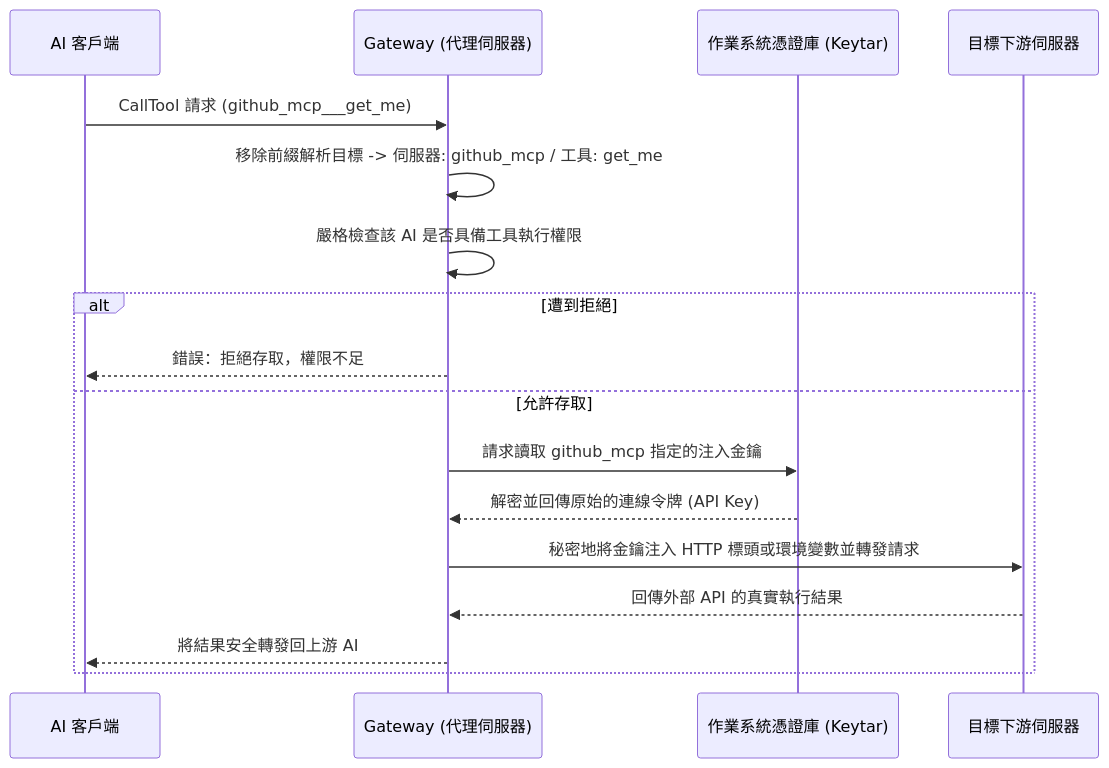
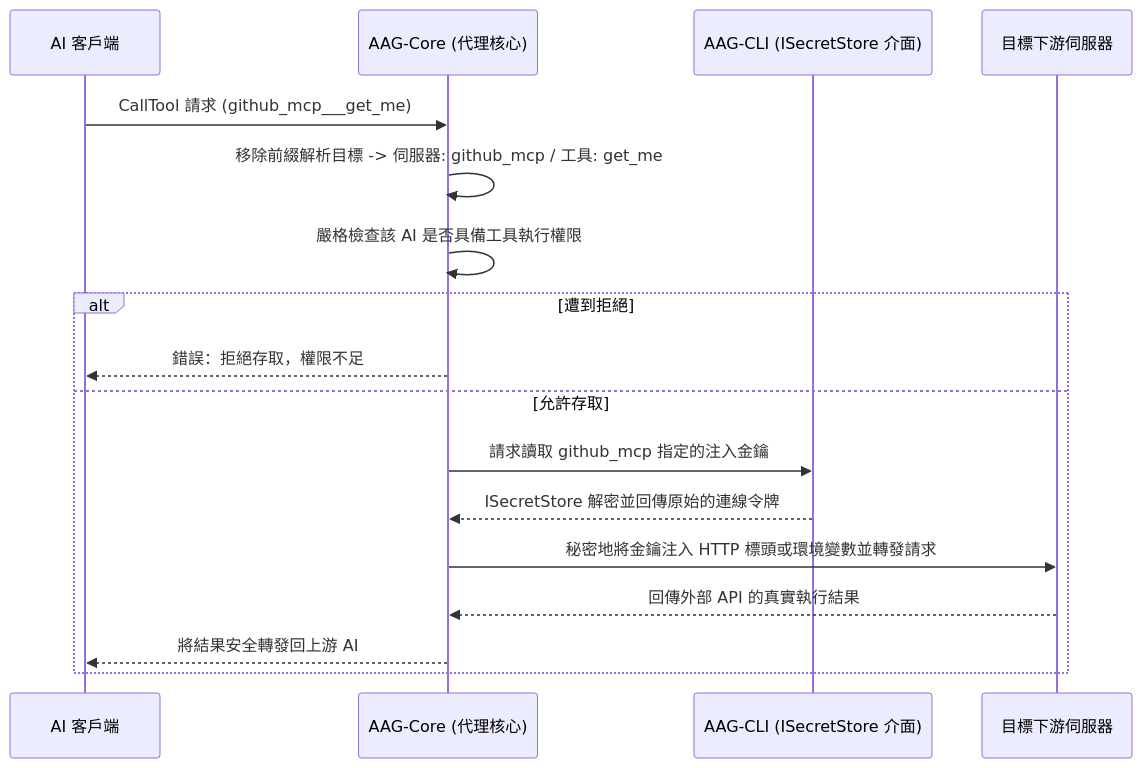
The third of 3 diagrams in ARCHITECTURE_ZH.md (Cyber-Sec-Space/ai-auth-gateway), drawn with Mermaid before and after one commit. The commit also changed other lines of this file and 25 other files, not shown here.

Commit message:
chore(core): completely modularize AAG-Core into NPM workspace with dependency injection and update docs

````diff
--- a/ARCHITECTURE_ZH.md
+++ b/ARCHITECTURE_ZH.md
@@ -106,20 +107,20 @@
 ```mermaid
 sequenceDiagram
     participant AI as AI 客戶端
-    participant GW as Gateway (代理伺服器)
-    participant KV as 作業系統憑證庫 (Keytar)
+    participant Core as AAG-Core (代理核心)
+    participant KV as AAG-CLI (ISecretStore 介面)
     participant MCP as 目標下游伺服器
 
-    AI->>GW: CallTool 請求 (github_mcp___get_me)
-    GW->>GW: 移除前綴解析目標 -> 伺服器: github_mcp / 工具: get_me
-    GW->>GW: 嚴格檢查該 AI 是否具備工具執行權限
+    AI->>Core: CallTool 請求 (github_mcp___get_me)
+    Core->>Core: 移除前綴解析目標 -> 伺服器: github_mcp / 工具: get_me
+    Core->>Core: 嚴格檢查該 AI 是否具備工具執行權限
     alt 遭到拒絕
-        GW-->>AI: 錯誤：拒絕存取，權限不足
+        Core-->>AI: 錯誤：拒絕存取，權限不足
     else 允許存取
-        GW->>KV: 請求讀取 github_mcp 指定的注入金鑰
-        KV-->>GW: 解密並回傳原始的連線令牌 (API Key)
-        GW->>MCP: 秘密地將金鑰注入 HTTP 標頭或環境變數並轉發請求
-        MCP-->>GW: 回傳外部 API 的真實執行結果
-        GW-->>AI: 將結果安全轉發回上游 AI
+        Core->>KV: 請求讀取 github_mcp 指定的注入金鑰
+        KV-->>Core: ISecretStore 解密並回傳原始的連線令牌
+        Core->>MCP: 秘密地將金鑰注入 HTTP 標頭或環境變數並轉發請求
+        MCP-->>Core: 回傳外部 API 的真實執行結果
+        Core-->>AI: 將結果安全轉發回上游 AI
     end
 ```
````
